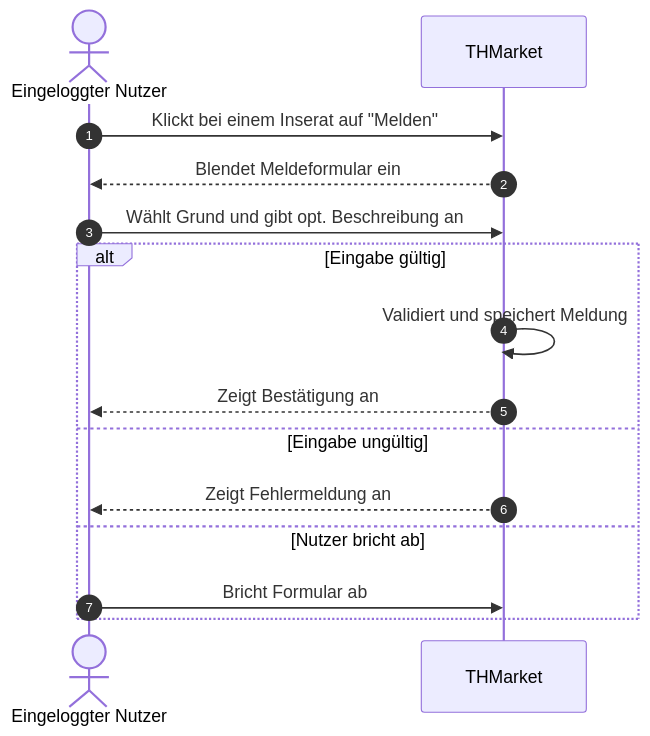
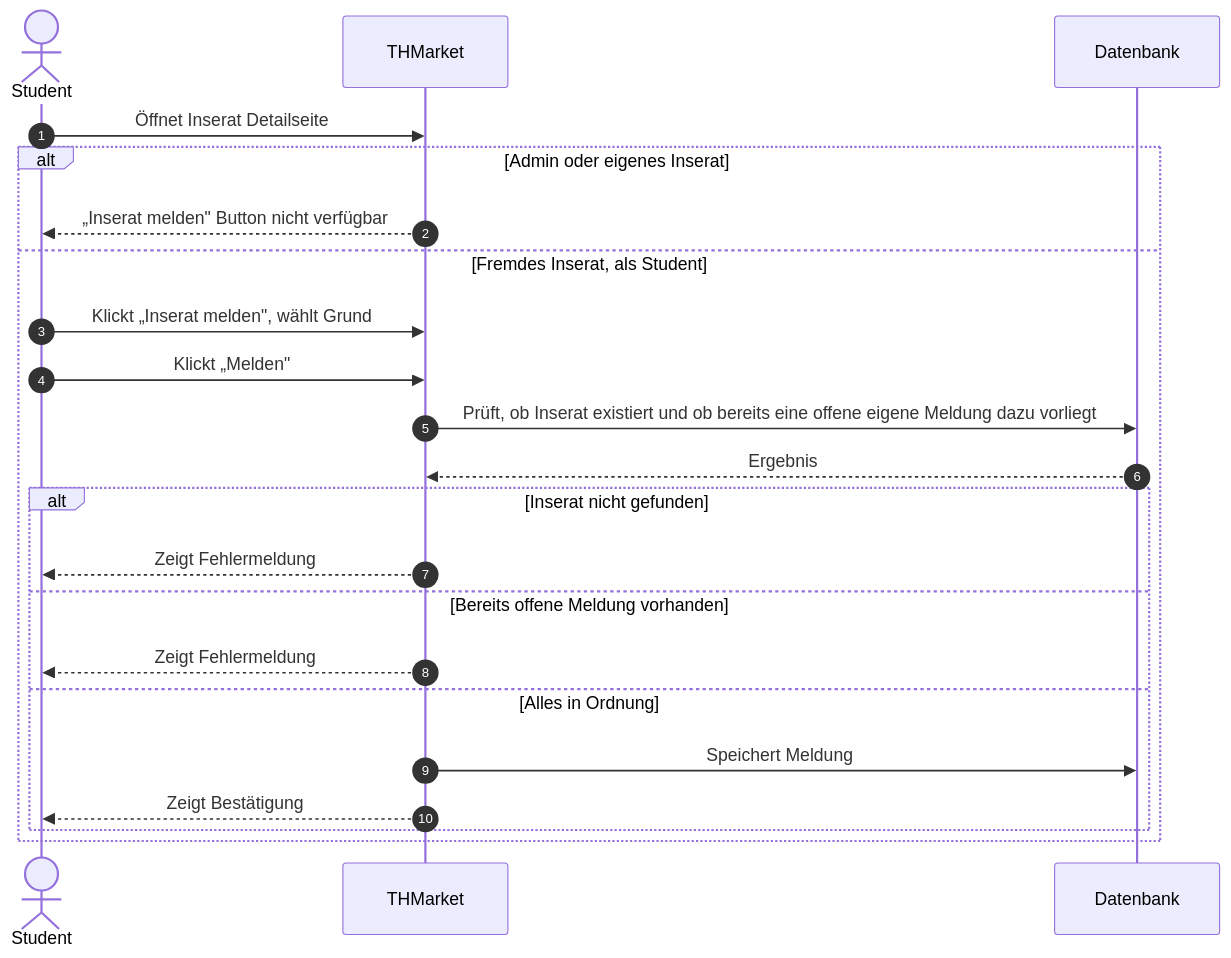
One commit to PatilYash0110/THMarket changed the diagram in docs/spec/diagrams-code/f2-uc08-inserat_melden.mermaid. Above: the diagram before and after it, drawn with Mermaid. The commit also changed 17 other files, not shown here.

Commit message:
Diagramme aktualisiert, UC13-16 und weitere Diagramme ergänzt

```diff
--- a/docs/spec/diagrams-code/f2-uc08-inserat_melden.mermaid
+++ b/docs/spec/diagrams-code/f2-uc08-inserat_melden.mermaid
@@ -1,17 +1,26 @@
 sequenceDiagram
     autonumber
-    actor Nutzer as Eingeloggter Nutzer
+    actor Student as Student
     participant System as THMarket
-    
-    Nutzer->>System: Klickt bei einem Inserat auf "Melden"
-    System-->>Nutzer: Blendet Meldeformular ein
-    Nutzer->>System: Wählt Grund und gibt opt. Beschreibung an
-    
-    alt Eingabe gültig
-        System->>System: Validiert und speichert Meldung
-        System-->>Nutzer: Zeigt Bestätigung an
-    else Eingabe ungültig
-        System-->>Nutzer: Zeigt Fehlermeldung an
-    else Nutzer bricht ab
-        Nutzer->>System: Bricht Formular ab
+    participant DB as Datenbank
+
+    Student->>System: Öffnet Inserat Detailseite
+
+    alt Admin oder eigenes Inserat
+        System-->>Student: „Inserat melden" Button nicht verfügbar
+    else Fremdes Inserat, als Student
+        Student->>System: Klickt „Inserat melden", wählt Grund
+        Student->>System: Klickt „Melden"
+
+        System->>DB: Prüft, ob Inserat existiert und ob bereits eine offene eigene Meldung dazu vorliegt
+        DB-->>System: Ergebnis
+
+        alt Inserat nicht gefunden
+            System-->>Student: Zeigt Fehlermeldung
+        else Bereits offene Meldung vorhanden
+            System-->>Student: Zeigt Fehlermeldung
+        else Alles in Ordnung
+            System->>DB: Speichert Meldung
+            System-->>Student: Zeigt Bestätigung
+        end
     end
```
